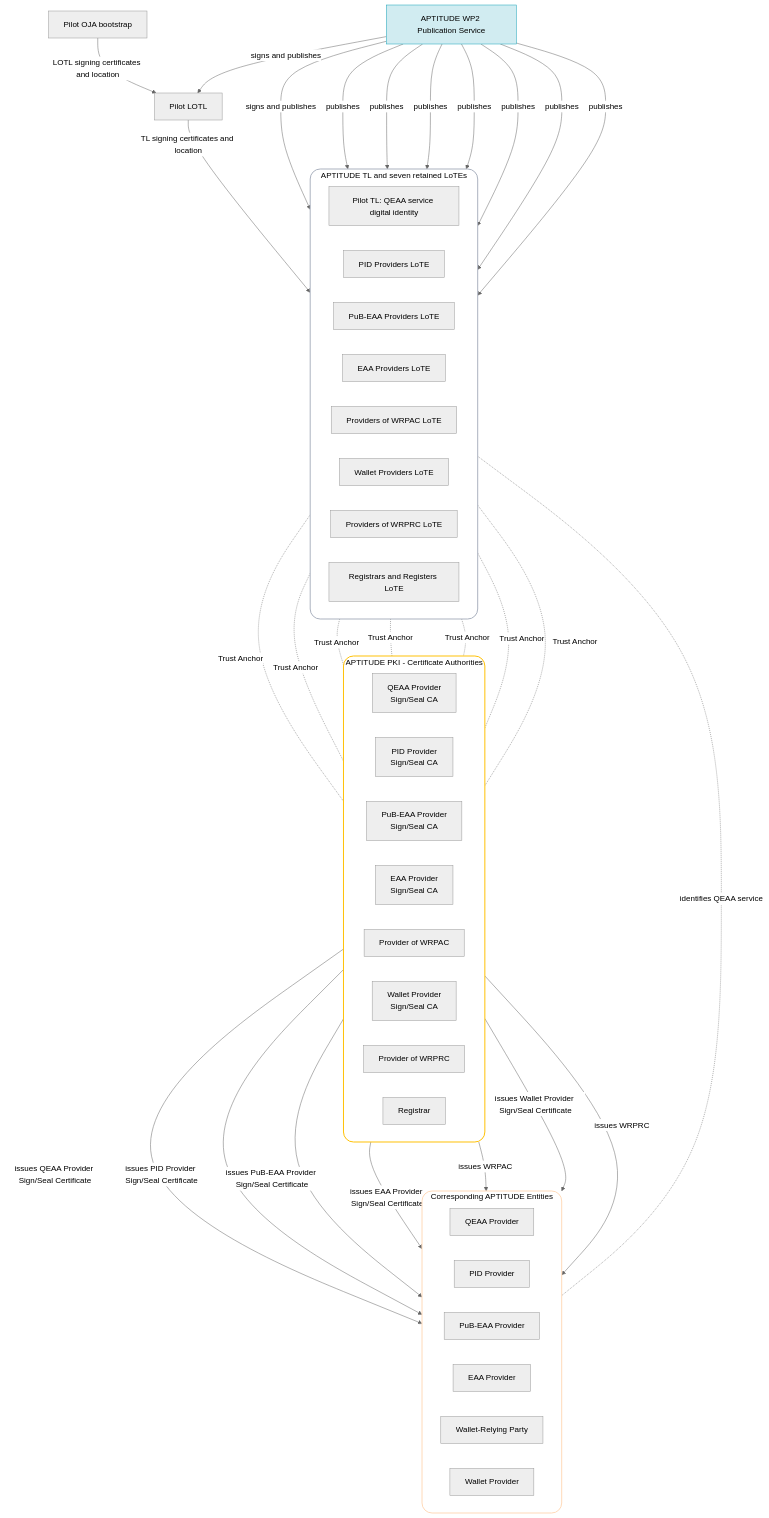
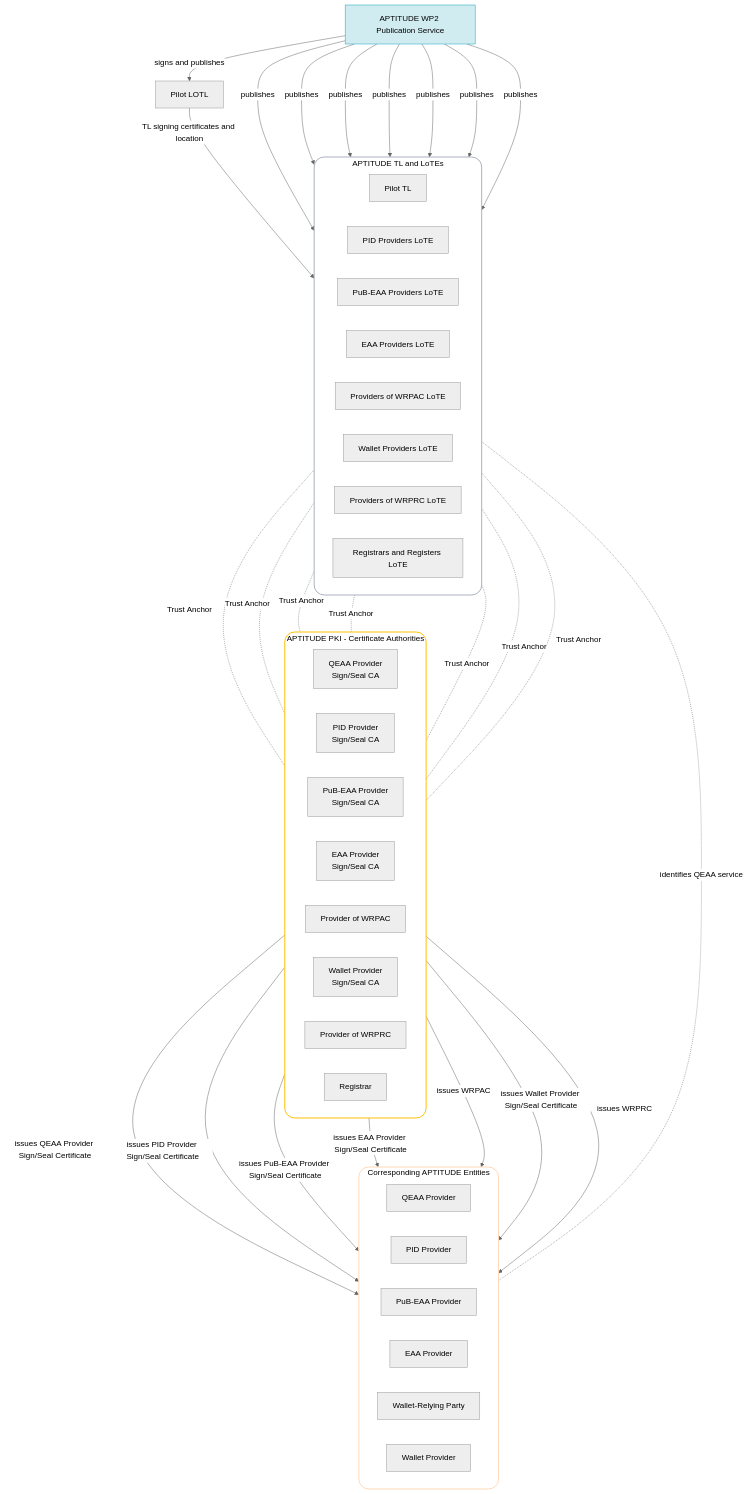
Before and after one commit to APTITUDE-Consortium/wp2-trust-specifications: the second of 3 diagrams in docs/topics/trust-architecture.md, drawn with Mermaid (neutral theme). The commit also changed other lines of this file and 16 other files, not shown here.

````diff
--- a/docs/topics/trust-architecture.md
+++ b/docs/topics/trust-architecture.md
@@ -65,74 +63,71 @@
 ```mermaid
 flowchart TB
     PubSvc["APTITUDE WP2 Publication Service"]:::publication
 
-    subgraph Lists["APTITUDE TL and seven retained LoTEs"]
+    subgraph Lists["APTITUDE TL and LoTEs"]
         direction LR
-        QEAA_L["Pilot TL: QEAA service digital identity"]
+        QEAA_L["Pilot TL"]
         PID_L["PID Providers LoTE"]
         PuBEAA_L["PuB-EAA Providers LoTE"]
         EAA_L["EAA Providers LoTE"]
         WRPAC_L["Providers of WRPAC LoTE"]
         Wallet_L["Wallet Providers LoTE"]
         WRPRC_L["Providers of WRPRC LoTE"]
         Registrar_L["Registrars and Registers LoTE"]
     end
 
     subgraph PKI["APTITUDE PKI - Certificate Authorities"]
         direction LR
         QEAA_CA["QEAA Provider<br/>Sign/Seal CA"]
         PID_CA["PID Provider<br/>Sign/Seal CA"]
         PuBEAA_CA["PuB-EAA Provider<br/>Sign/Seal CA"]
         EAA_CA["EAA Provider<br/>Sign/Seal CA"]
         WRPAC_CA["Provider of WRPAC"]
         Wallet_CA["Wallet Provider<br/>Sign/Seal CA"]
         WRPRC_CA["Provider of WRPRC"]
         Registrar_CA["Registrar"]
     end
 
     subgraph Entities["Corresponding APTITUDE Entities"]
         direction LR
         QEAA_Entity["QEAA Provider"]
         PID_Entity["PID Provider"]
         PuBEAA_Entity["PuB-EAA Provider"]
         EAA_Entity["EAA Provider"]
         WRP_Entity["Wallet-Relying Party"]
         Wallet_Entity["Wallet Provider"]
     end
 
-    OJA["Pilot OJA bootstrap"]
     LOTL["Pilot LOTL"]
-    OJA -->|"LOTL signing certificates and location"| LOTL
     LOTL -->|"TL signing certificates and location"| QEAA_L
     PubSvc -->|"signs and publishes"| LOTL
-    PubSvc -->|"signs and publishes"| QEAA_L
     PubSvc -->|"publishes"| PID_L
     PubSvc -->|"publishes"| PuBEAA_L
     PubSvc -->|"publishes"| EAA_L
     PubSvc -->|"publishes"| WRPAC_L
     PubSvc -->|"publishes"| Wallet_L
     PubSvc -->|"publishes"| WRPRC_L
     PubSvc -->|"publishes"| Registrar_L
 
     QEAA_L -. "identifies QEAA service" .- QEAA_Entity
     PID_L -. "Trust Anchor" .- PID_CA
     PuBEAA_L -. "Trust Anchor" .- PuBEAA_CA
     EAA_L -. "Trust Anchor" .- EAA_CA
     WRPAC_L -. "Trust Anchor" .- WRPAC_CA
     Wallet_L -. "Trust Anchor" .- Wallet_CA
     WRPRC_L -. "Trust Anchor" .- WRPRC_CA
     Registrar_L -. "Trust Anchor" .- Registrar_CA
 
     QEAA_CA -->|"issues QEAA Provider Sign/Seal Certificate"| QEAA_Entity
     PID_CA -->|"issues PID Provider Sign/Seal Certificate"| PID_Entity
     PuBEAA_CA -->|"issues PuB-EAA Provider Sign/Seal Certificate"| PuBEAA_Entity
     EAA_CA -->|"issues EAA Provider Sign/Seal Certificate"| EAA_Entity
     WRPAC_CA -->|"issues WRPAC"| WRP_Entity
     Wallet_CA -->|"issues Wallet Provider Sign/Seal Certificate"| Wallet_Entity
     WRPRC_CA -->|"issues WRPRC"| WRP_Entity
 
     classDef publication fill:#d1ecf1,stroke:#17a2b8,color:#000;
     style Lists fill:#fff,stroke:#abb2bf,stroke-width:2px,color:#000,rx:20,ry:20
     style PKI fill:#fff,stroke:#ffc107,stroke-width:2px,color:#000,rx:20,ry:20
     style Entities fill:#fff,stroke:#ffdab9,stroke-width:2px,color:#000,rx:20,ry:20
 ```
````
